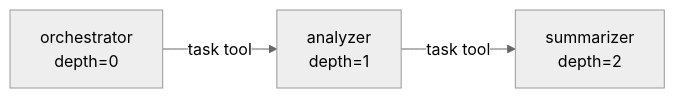
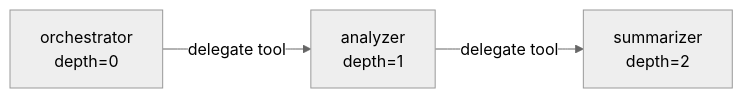
One commit to nielspeter/agent-orchestration-system changed the second of 2 diagrams in docs/agent-system.md. Above: the diagram before and after it, drawn with Mermaid (neutral theme). The commit also changed other lines of this file and 47 other files, not shown here.

First line of the commit message:
refactor: rename 'task' tool to 'delegate' tool

````diff
--- a/docs/agent-system.md
+++ b/docs/agent-system.md
@@ -274,5 +274,5 @@
 ```mermaid
 graph LR
-    A[orchestrator<br/>depth=0] -->|task tool| B[analyzer<br/>depth=1]
-    B -->|task tool| C[summarizer<br/>depth=2]
+    A[orchestrator<br/>depth=0] -->|delegate tool| B[analyzer<br/>depth=1]
+    B -->|delegate tool| C[summarizer<br/>depth=2]
 ```
````
